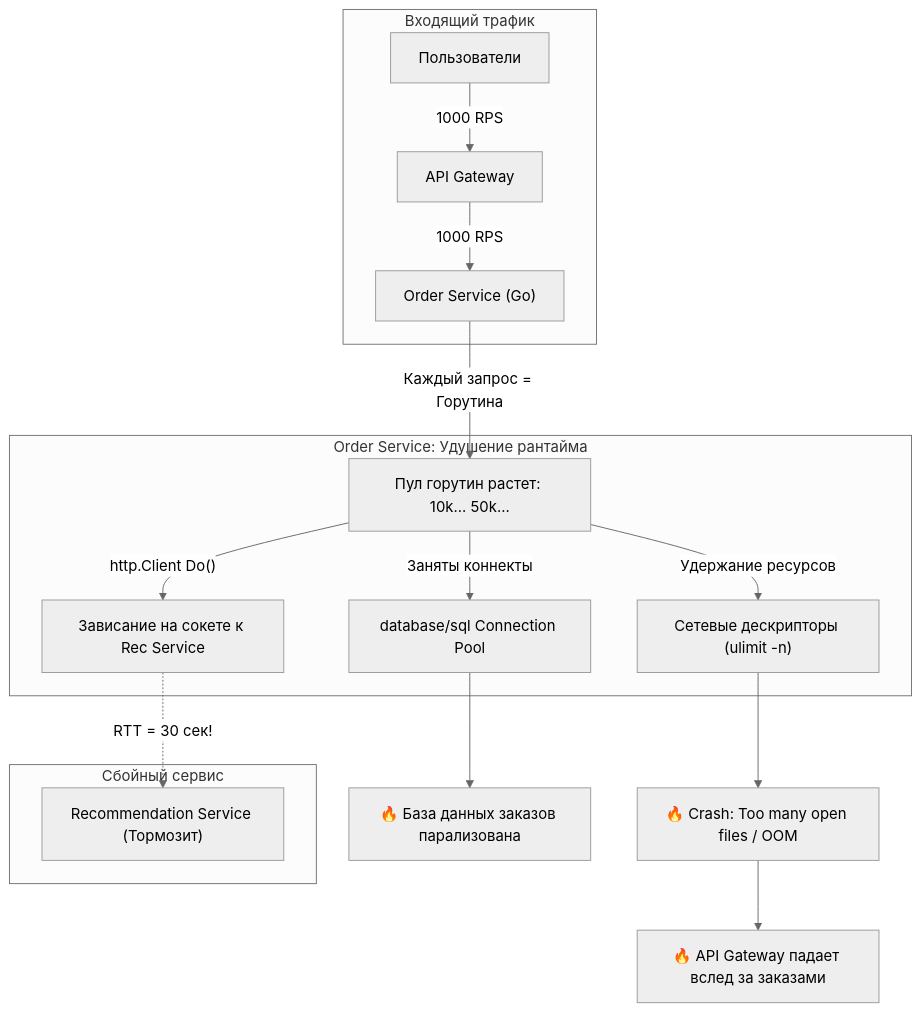
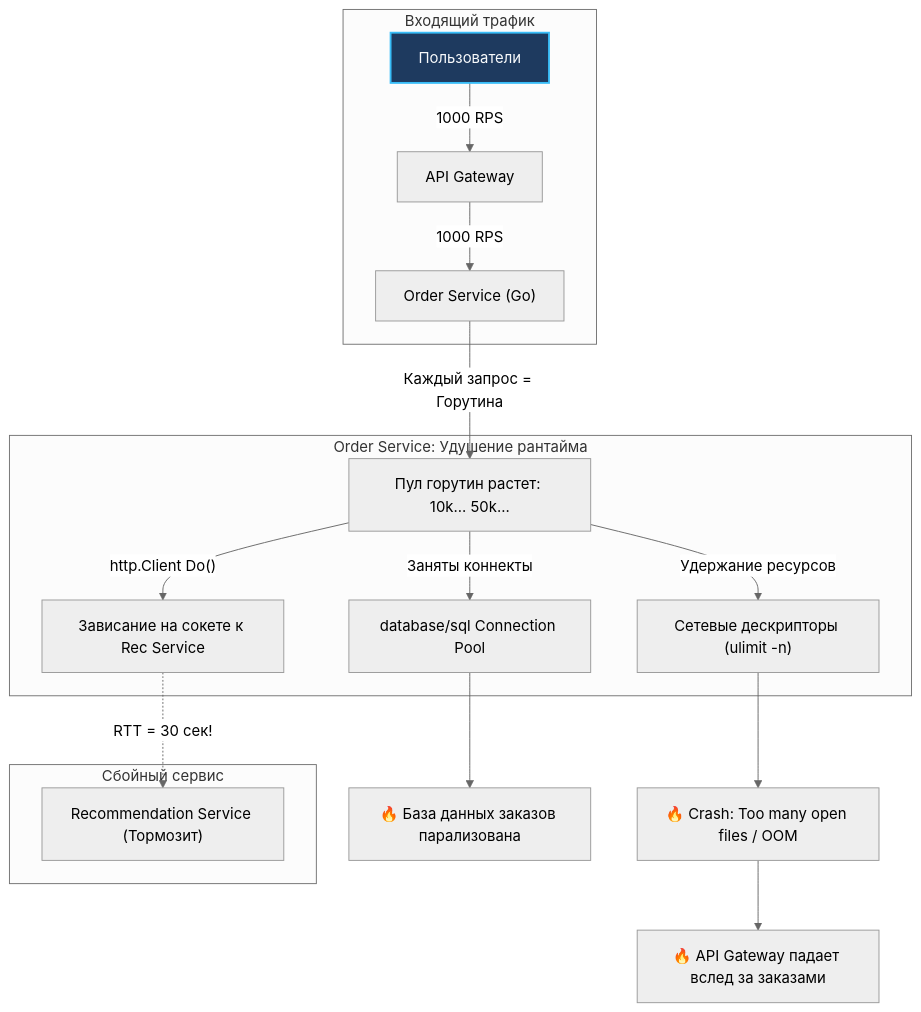
One commit to UnrealTemplier/go-textbook changed the second of 4 diagrams in sources/14. Распределенные системы на Go/01. Основы/2. Проблемы распределенных систем.md. Above: the diagram before and after it, drawn with Mermaid (neutral theme). The commit also changed other lines of this file and 1666 other files, not shown here.

First line of the commit message:
feat(mermaid): add semantic color classDef to 1369 colorless flowchart/graph diagrams

````diff
--- a/sources/14. Распределенные системы на Go/01. Основы/2. Проблемы распределенных систем.md
+++ b/sources/14. Распределенные системы на Go/01. Основы/2. Проблемы распределенных систем.md
@@ -68,22 +78,32 @@
 ```mermaid
 flowchart TD
+    classDef process  fill:#1e293b,stroke:#38bdf8,stroke-width:1px,color:#f8fafc
+    classDef success  fill:#064e3b,stroke:#34d399,stroke-width:1px,color:#f8fafc
+    classDef error    fill:#7f1d1d,stroke:#f87171,stroke-width:1px,color:#f8fafc
+    classDef warning  fill:#78350f,stroke:#fbbf24,stroke-width:1px,color:#f8fafc
+    classDef entry    fill:#1e3a5f,stroke:#38bdf8,stroke-width:2px,color:#f8fafc
+    classDef aux      fill:#334155,stroke:#64748b,stroke-width:1px,color:#f8fafc
+    classDef system   fill:#312e81,stroke:#a78bfa,stroke-width:1px,color:#f8fafc
+    classDef data     fill:#132d29,stroke:#2dd4bf,stroke-width:1px,color:#f8fafc
+    classDef network  fill:#881337,stroke:#fb7185,stroke-width:1px,color:#f8fafc
+    classDef accent   fill:#1e1b4b,stroke:#818cf8,stroke-width:1px,color:#f8fafc
     subgraph Ingress ["Входящий трафик"]
-        C["Пользователи"] -->|"1000 RPS"| GW["API Gateway"]
+        C["Пользователи"]:::entry -->|"1000 RPS"| GW["API Gateway"]
         GW -->|"1000 RPS"| OS["Order Service (Go)"]
     end
 
     subgraph GoRuntime ["Order Service: Удушение рантайма"]
         OS -->|"Каждый запрос = Горутина"| Pool["Пул горутин растет: 10k... 50k..."]
         Pool -->|"Удержание ресурсов"| FD["Сетевые дескрипторы (ulimit -n)"]
         Pool -->|"Заняты коннекты"| DB["database/sql Connection Pool"]
         Pool -->|"http.Client Do()"| Ext["Зависание на сокете к Rec Service"]
     end
 
     subgraph Downstream ["Сбойный сервис"]
         Ext -.->|"RTT = 30 сек!"| Rec["Recommendation Service (Тормозит)"]
     end
 
     FD --> Crash["🔥 Crash: Too many open files / OOM"]
     DB --> Starvation["🔥 База данных заказов парализована"]
     Crash --> TotalDown["🔥 API Gateway падает вслед за заказами"]
 ```
````
